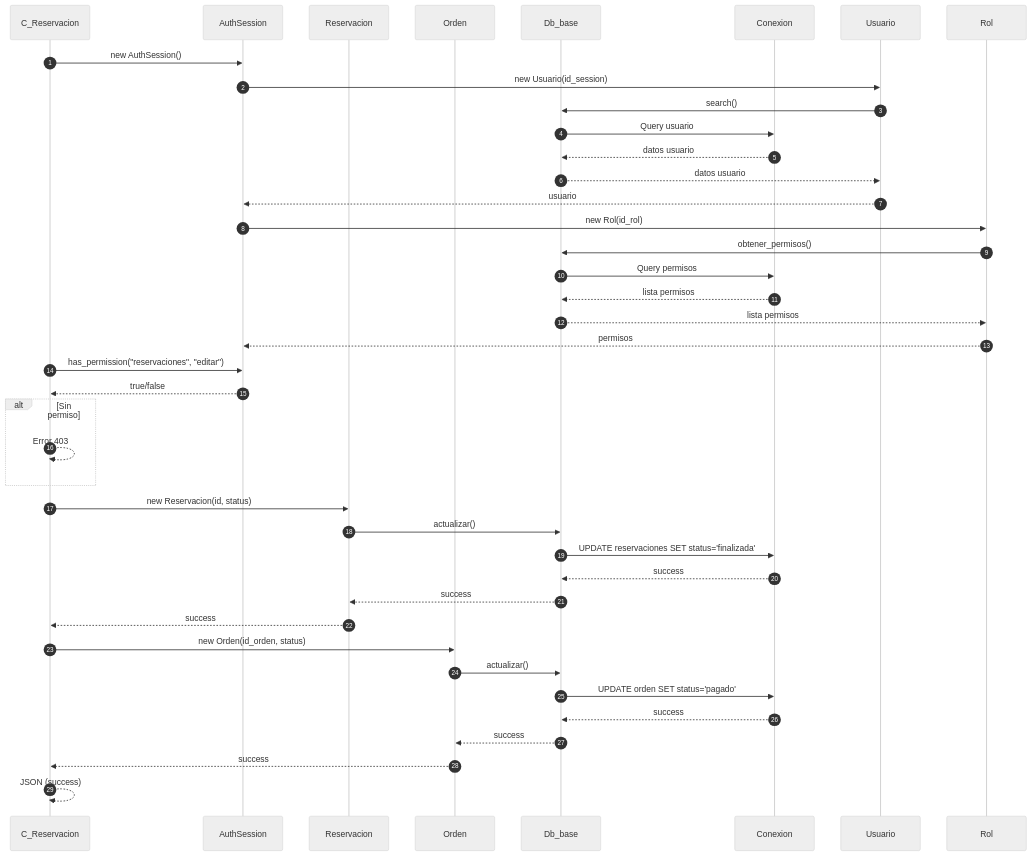
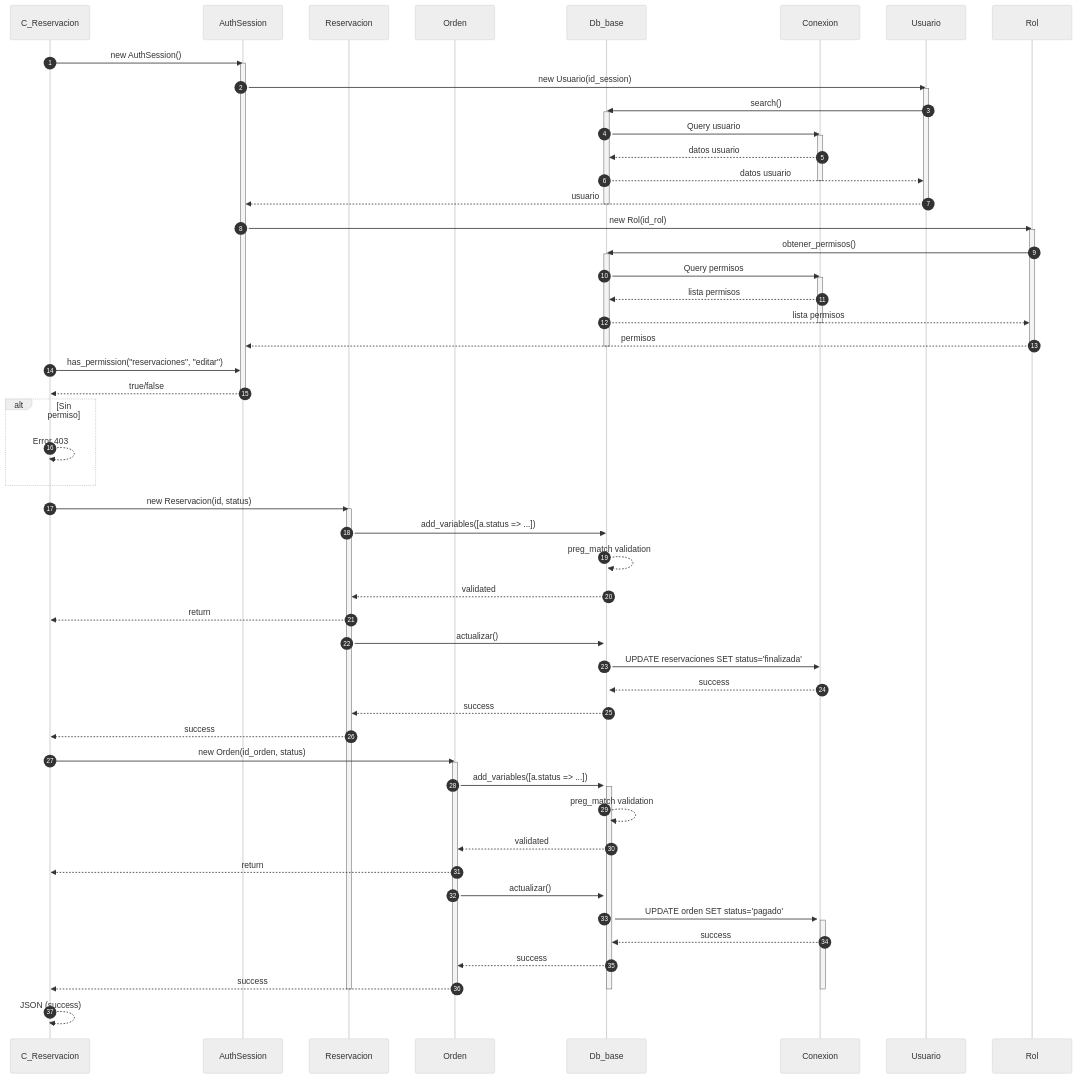
One commit to Tecrato/BurgerHouse changed the third of 4 diagrams in docs/secuencia/reservaciones/reservaciones.md. Above: the diagram before and after it, drawn with Mermaid (neutral theme). The commit also changed other lines of this file and 16 other files, not shown here.

First line of the commit message:
Annotate mermaid sequences & throttle generator

````diff
--- a/docs/secuencia/reservaciones/reservaciones.md
+++ b/docs/secuencia/reservaciones/reservaciones.md
@@ -112,48 +174,80 @@
 ```mermaid
 sequenceDiagram
     autonumber
     participant C_Reservacion as C_Reservacion
     participant AuthSession as AuthSession
     participant Reservacion as Reservacion
     participant Orden as Orden
     participant Db_base as Db_base
     participant Conexion as Conexion
     
     C_Reservacion->>AuthSession: new AuthSession()
+    activate AuthSession
     AuthSession->>Usuario: new Usuario(id_session)
+    activate Usuario
     Usuario->>Db_base: search()
+    activate Db_base
     Db_base->>Conexion: Query usuario
+    activate Conexion
     Conexion-->>Db_base: datos usuario
     Db_base-->>Usuario: datos usuario
+    deactivate Conexion
     Usuario-->>AuthSession: usuario
+    deactivate Usuario
+    deactivate Db_base
     
     AuthSession->>Rol: new Rol(id_rol)
+    activate Rol
     Rol->>Db_base: obtener_permisos()
+    activate Db_base
     Db_base->>Conexion: Query permisos
+    activate Conexion
     Conexion-->>Db_base: lista permisos
     Db_base-->>Rol: lista permisos
+    deactivate Conexion
     Rol-->>AuthSession: permisos
+    deactivate Rol
+    deactivate Db_base
     
     C_Reservacion->>AuthSession: has_permission("reservaciones", "editar")
     AuthSession-->>C_Reservacion: true/false
+    deactivate AuthSession
     
     alt Sin permiso
         C_Reservacion-->>C_Reservacion: Error 403
     end
     
     C_Reservacion->>Reservacion: new Reservacion(id, status)
+    activate Reservacion
+    Reservacion->>Db_base: add_variables([a.status => ...])
+    activate Db_base
+    Db_base-->>Db_base: preg_match validation
+    Db_base-->>Reservacion: validated
+    Reservacion-->>C_Reservacion: return
     Reservacion->>Db_base: actualizar()
     Db_base->>Conexion: UPDATE reservaciones SET status='finalizada'
+    activate Conexion
     Conexion-->>Db_base: success
     Db_base-->>Reservacion: success
     Reservacion-->>C_Reservacion: success
     
     C_Reservacion->>Orden: new Orden(id_orden, status)
+    activate Orden
+    Orden->>Db_base: add_variables([a.status => ...])
+    activate Db_base
+    Db_base-->>Db_base: preg_match validation
+    Db_base-->>Orden: validated
+    Orden-->>C_Reservacion: return
     Orden->>Db_base: actualizar()
     Db_base->>Conexion: UPDATE orden SET status='pagado'
+    activate Conexion
     Conexion-->>Db_base: success
     Db_base-->>Orden: success
     Orden-->>C_Reservacion: success
+    deactivate Reservacion
+    deactivate Orden
+    deactivate Conexion
+    deactivate Db_base
     
     C_Reservacion-->>C_Reservacion: JSON (success)
 ```
````
